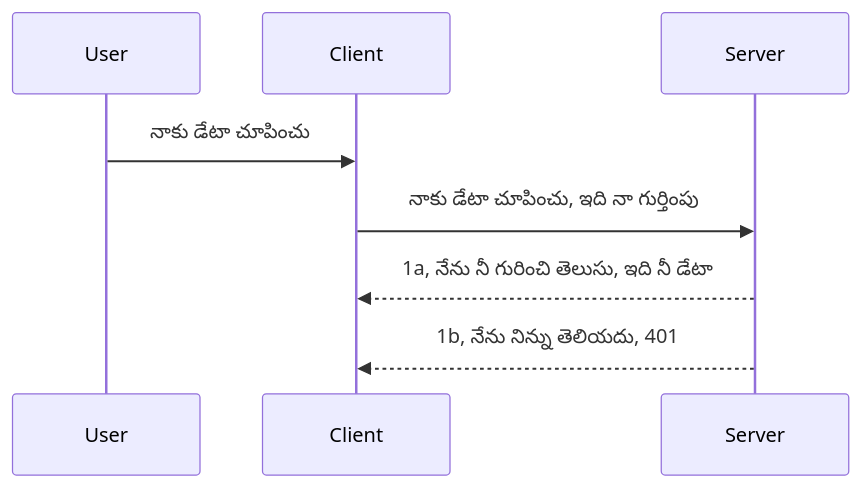
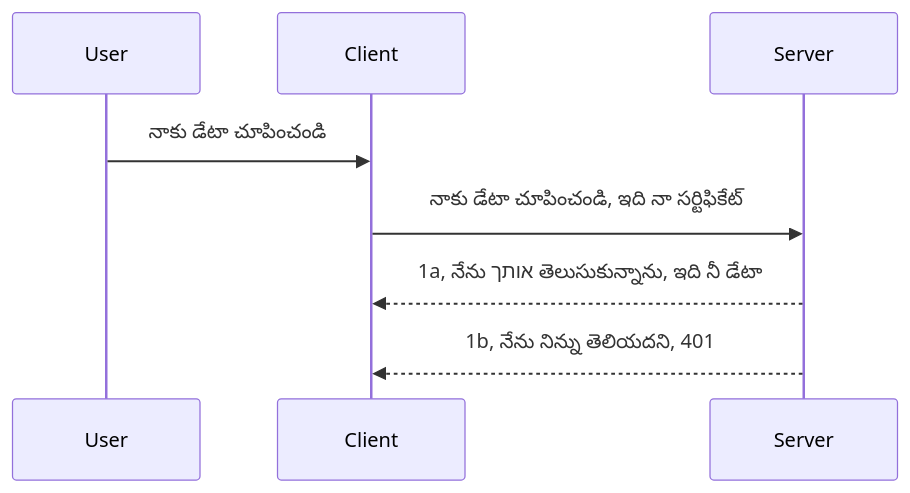
Before and after one commit to HIDORAKAI002/ai-workspace-archive: the diagram in mcp_ecosystem__model_context_protocol/mcp_learning_resources/mcp-for-beginners/translations/te/03-GettingStarted/11-simple-auth/README.md, drawn with Mermaid. The commit also changed other lines of this file and 1046 other files, not shown here.

````diff
--- a/mcp_ecosystem__model_context_protocol/mcp_learning_resources/mcp-for-beginners/translations/te/03-GettingStarted/11-simple-auth/README.md
+++ b/mcp_ecosystem__model_context_protocol/mcp_learning_resources/mcp-for-beginners/translations/te/03-GettingStarted/11-simple-auth/README.md
@@ -24,11 +24,11 @@
 ```mermaid
 sequenceDiagram
    participant User
    participant Client
    participant Server
 
-   User->>Client: నాకు డేటా చూపించు
-   Client->>Server: నాకు డేటా చూపించు, ఇది నా గుర్తింపు
-   Server-->>Client: 1a, నేను నీ గురించి తెలుసు, ఇది నీ డేటా
-   Server-->>Client: 1b, నేను నిన్ను తెలియదు, 401 
+   User->>Client: నాకు డేటా చూపించండి
+   Client->>Server: నాకు డేటా చూపించండి, ఇది నా సర్టిఫికేట్
+   Server-->>Client: 1a, నేను אותך తెలుసుకున్నాను, ఇది నీ డేటా
+   Server-->>Client: 1b, నేను నిన్ను తెలియదని, 401 
 ```
````
